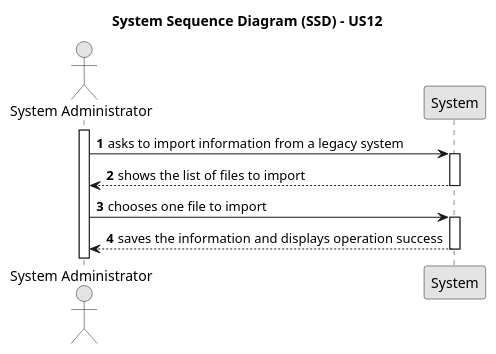
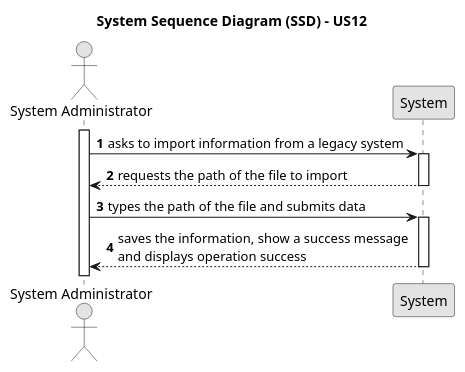
The diagram in docs/sprintC/US12/01.requirements-engineering/puml/us12-system-sequence-diagram.puml (PureNimble/ISEP-LAPR2), drawn with PlantUML before and after one commit. The commit also changed 1 other file, not shown here.

```diff
--- a/docs/sprintC/US12/01.requirements-engineering/puml/us12-system-sequence-diagram.puml
+++ b/docs/sprintC/US12/01.requirements-engineering/puml/us12-system-sequence-diagram.puml
@@ -1,30 +1,30 @@
 @startuml
 'https://plantuml.com/sequence-diagram
 skinparam monochrome true
 skinparam packageStyle rectangle
 skinparam shadowing false
 
 title System Sequence Diagram (SSD) - US12
 
 autonumber
 
 actor "System Administrator" as Admin
 
 activate Admin
 
 Admin -> System : asks to import information from a legacy system
 activate System
 
-System --> Admin : shows the list of files to import
+System --> Admin : requests the path of the file to import
 deactivate System
 
-Admin -> System : chooses one file to import
+Admin -> System : types the path of the file and submits data
 activate System
 
-System --> Admin : saves the information and displays operation success
+System --> Admin : saves the information, show a success message \nand displays operation success
 deactivate System
 
 
 
 
 @enduml
```
